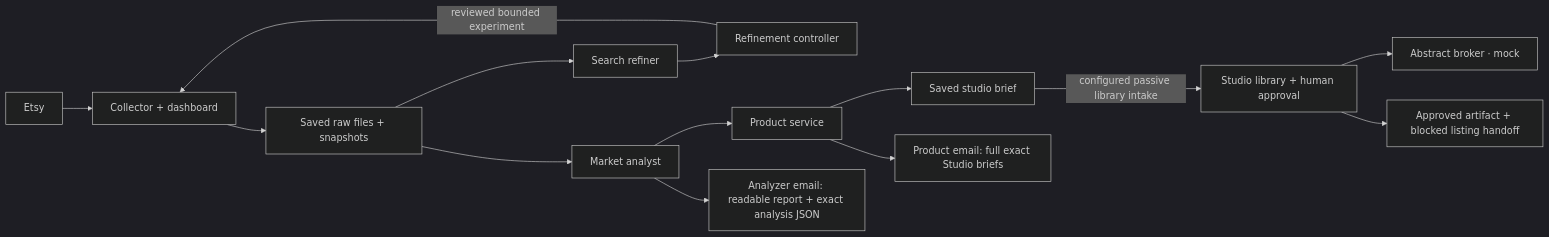
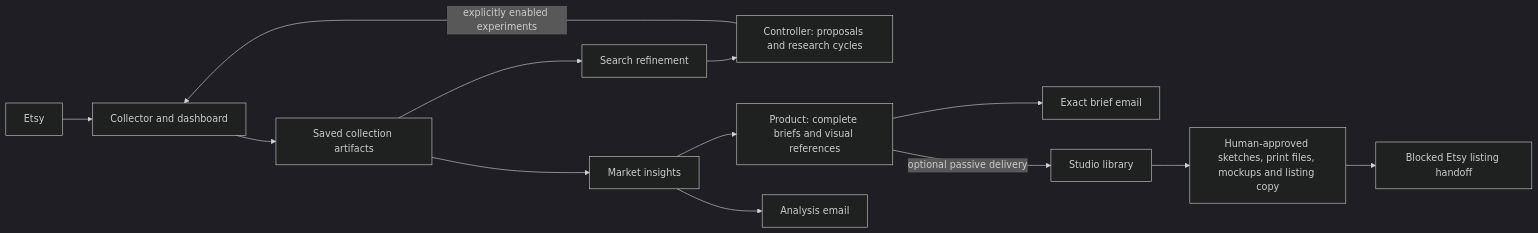
One commit to QWdlbnRTbWl0aA/market-pipeline changed the diagram in README.md. Above: the diagram before and after it, drawn with Mermaid (dark theme). The commit also changed other lines of this file and 38 other files, not shown here.

````diff
--- a/README.md
+++ b/README.md
@@ -19,16 +6,15 @@
 ```mermaid
 flowchart LR
-  E[Etsy] --> C[Collector + dashboard]
-  C --> F[Saved raw files + snapshots]
-  F --> R[Search refiner]
-  F --> M[Market analyst]
-  R --> Q[Refinement controller]
-  Q -->|reviewed bounded experiment| C
-  M --> P[Product service]
-  M --> ME[Analyzer email: readable report + exact analysis JSON]
-  P --> O[Saved studio brief]
-  P --> PE[Product email: full exact Studio briefs]
-  O -->|configured passive library intake| S[Studio library + human approval]
-  S --> B[Abstract broker · mock]
-  S --> A[Approved artifact + blocked listing handoff]
+  Etsy --> C[Collector and dashboard]
+  C --> F[Saved collection artifacts]
+  F --> R[Search refinement]
+  F --> M[Market insights]
+  R --> Q[Controller: proposals and research cycles]
+  Q -->|explicitly enabled experiments| C
+  M --> P[Product: complete briefs and visual references]
+  M --> ME[Analysis email]
+  P --> PE[Exact brief email]
+  P -->|optional passive delivery| S[Studio library]
+  S --> H[Human-approved sketches, print files, mockups and listing copy]
+  H --> B[Blocked Etsy listing handoff]
 ```
````
